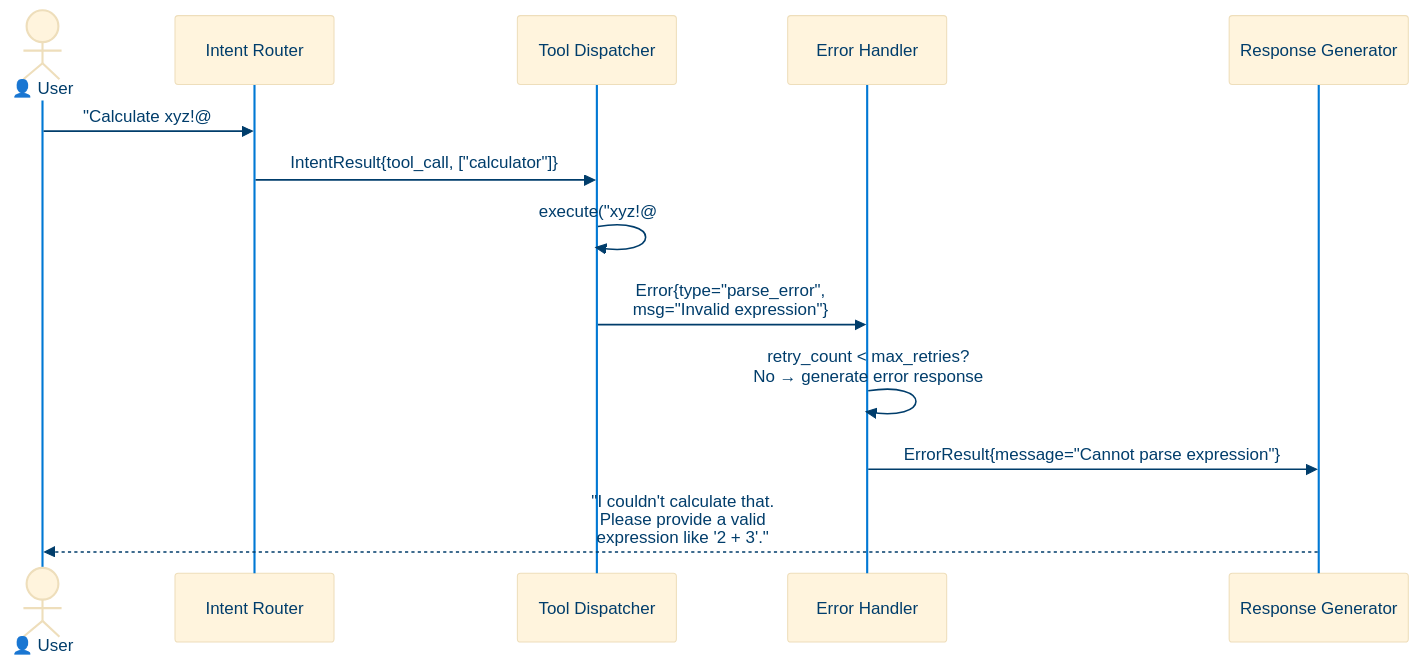
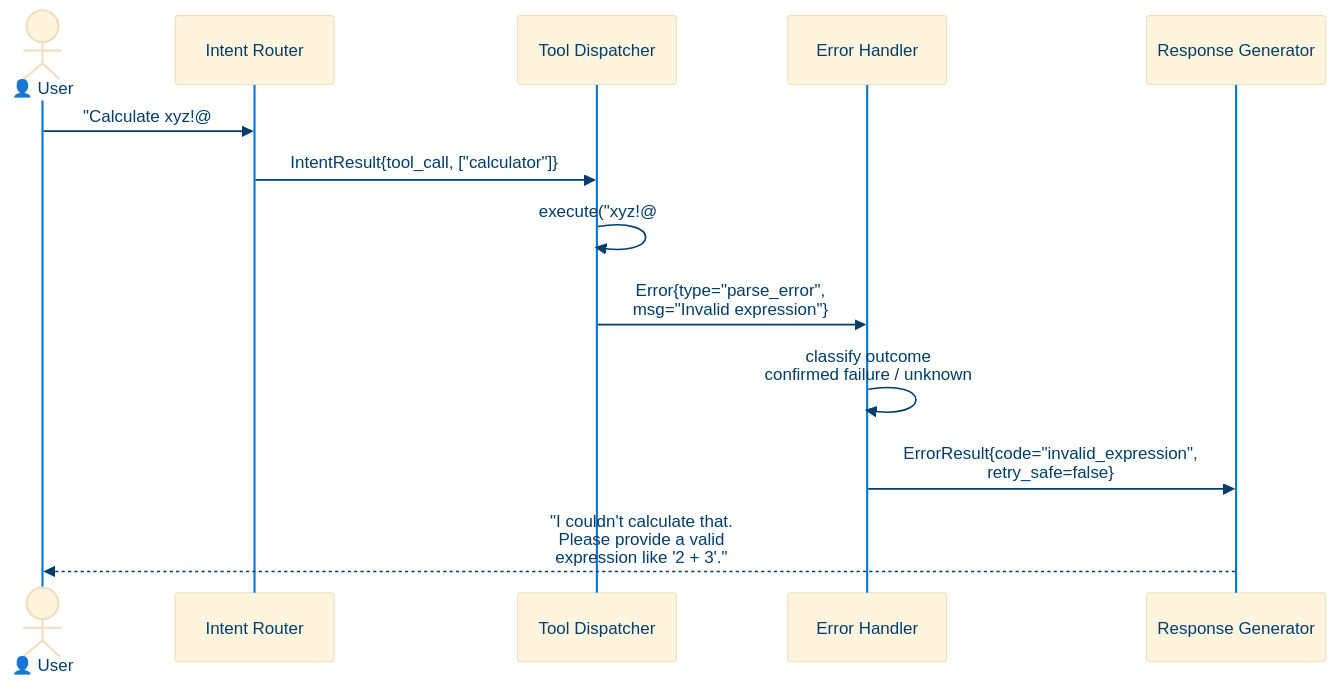
One commit to dotnetpower/mscp changed the fourth of 7 diagrams in docs/levels/Level_1_Tool_Agent.md. Above: the diagram before and after it, drawn with Mermaid. The commit also changed other lines of this file and 21 other files, not shown here.

````diff
--- a/docs/levels/Level_1_Tool_Agent.md
+++ b/docs/levels/Level_1_Tool_Agent.md
@@ -234,17 +253,17 @@
 ```mermaid
 %%{init: {'theme': 'base', 'themeVariables': {'actorTextColor': '#003D6B', 'actorLineColor': '#0078D4', 'signalColor': '#003D6B', 'signalTextColor': '#003D6B', 'labelTextColor': '#003D6B', 'loopTextColor': '#003D6B', 'noteBkgColor': '#DEECF9', 'noteTextColor': '#003D6B', 'noteBorderColor': '#0078D4', 'activationBkgColor': '#E1DFDD', 'activationBorderColor': '#605E5C', 'sequenceNumberColor': '#FFF', 'textColor': '#323130', 'fontSize': '14px'}}}%%
 sequenceDiagram
     actor U as 👤 User
     participant IR as Intent Router
     participant TD as Tool Dispatcher
     participant EH as Error Handler
     participant RG as Response Generator
 
     U->>IR: "Calculate xyz!@#"
     IR->>TD: IntentResult{tool_call, ["calculator"]}
     TD->>TD: execute("xyz!@#")<br/>❌ InvalidExpression
     TD->>EH: Error{type="parse_error",<br/>msg="Invalid expression"}
-    EH->>EH: retry_count < max_retries?<br/>No → generate error response
-    EH->>RG: ErrorResult{message="Cannot parse expression"}
+    EH->>EH: classify outcome<br/>confirmed failure / unknown
+    EH->>RG: ErrorResult{code="invalid_expression",<br/>retry_safe=false}
     RG-->>U: "I couldn't calculate that.<br/>Please provide a valid<br/>expression like '2 + 3'."
 ```
````
